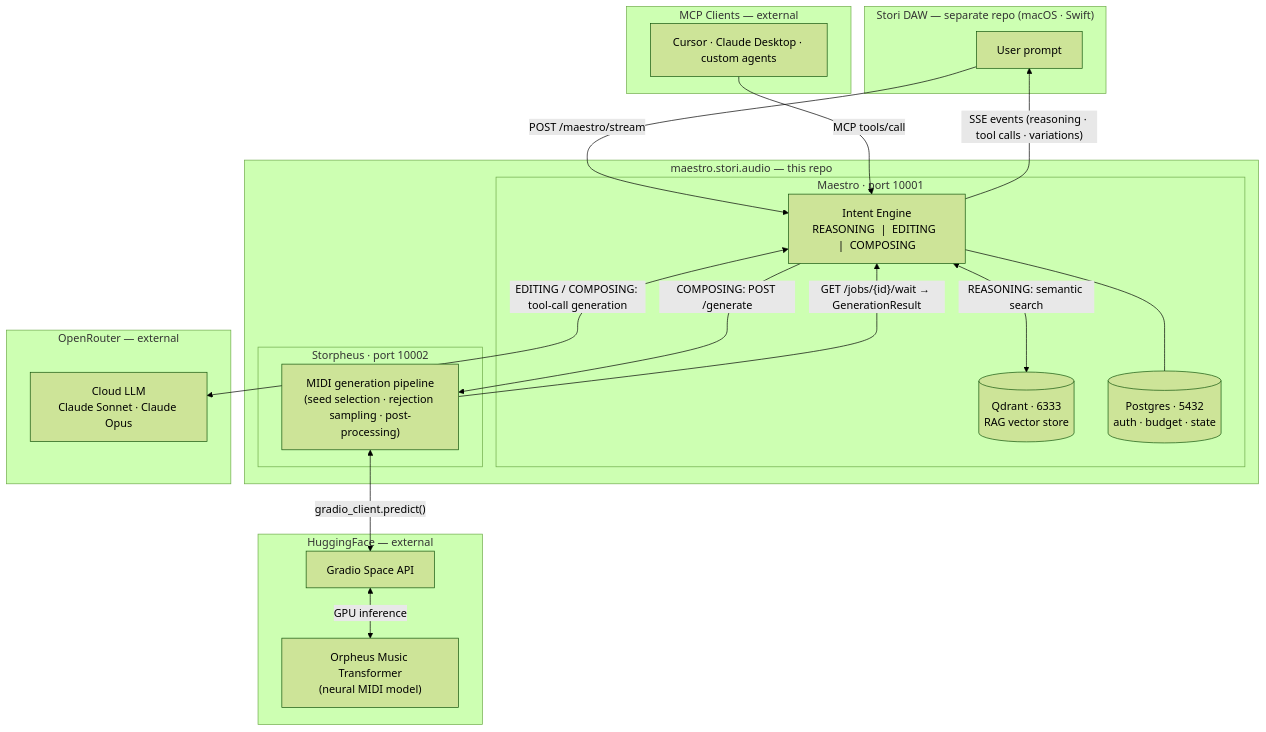
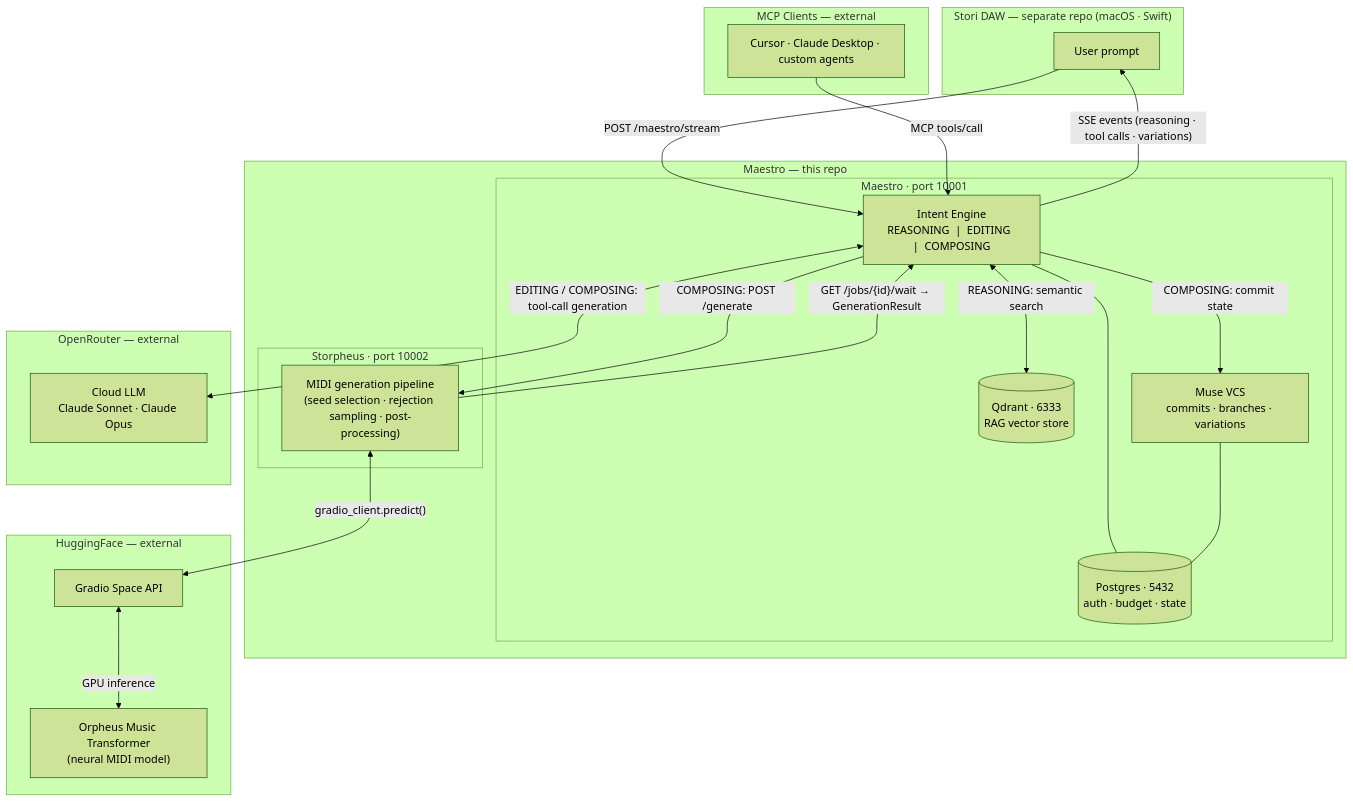
The diagram in README.md (cgcardona/maestro.stori.audio), drawn with Mermaid (forest theme) before and after one commit. The commit also changed other lines of this file and 12 other files, not shown here.

First line of the commit message:
docs: remove maestro.stori.audio branding, rewrite README

````diff
--- a/README.md
+++ b/README.md
@@ -40,44 +70,47 @@
 ```mermaid
 graph TB
     subgraph stori_repo ["Stori DAW  —  separate repo  (macOS · Swift)"]
         DAW["User prompt"]
     end
 
     subgraph mcp_clients ["MCP Clients  —  external"]
         MCP["Cursor · Claude Desktop · custom agents"]
     end
 
-    subgraph this_repo ["maestro.stori.audio  —  this repo"]
+    subgraph this_repo ["Maestro  —  this repo"]
         subgraph maestro ["Maestro  ·  port 10001"]
             IE["Intent Engine\nREASONING  |  EDITING  |  COMPOSING"]
             QD[("Qdrant  ·  6333\nRAG vector store")]
             PG[("Postgres  ·  5432\nauth · budget · state")]
+            MUSE["Muse VCS\ncommits · branches · variations"]
         end
 
         subgraph storpheus ["Storpheus  ·  port 10002"]
             GEN["MIDI generation pipeline\n(seed selection · rejection sampling · post-processing)"]
         end
     end
 
     subgraph openrouter ["OpenRouter  —  external"]
         LLM["Cloud LLM\nClaude Sonnet · Claude Opus"]
     end
 
     subgraph huggingface ["HuggingFace  —  external"]
         GRADIO["Gradio Space API"]
         ORPHEUS["Orpheus Music Transformer\n(neural MIDI model)"]
         GRADIO <-->|"GPU inference"| ORPHEUS
     end
 
     DAW      -->|"POST /maestro/stream"| IE
     MCP      -->|"MCP tools/call"| IE
     IE       -->|"SSE events (reasoning · tool calls · variations)"| DAW
 
     IE       <-->|"REASONING: semantic search"| QD
     IE       ---  PG
+    IE       -->|"COMPOSING: commit state"| MUSE
+    MUSE     --- PG
     IE       <-->|"EDITING / COMPOSING: tool-call generation"| LLM
 
     IE       -->|"COMPOSING: POST /generate"| GEN
     GEN      -->|"GET /jobs/{id}/wait → GenerationResult"| IE
     GEN      <-->|"gradio_client.predict()"| GRADIO
 ```
````
